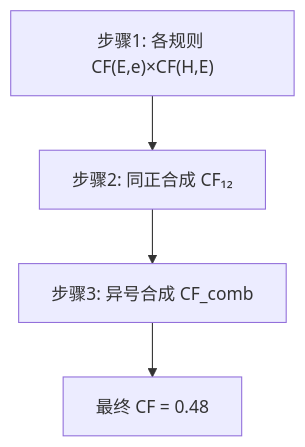
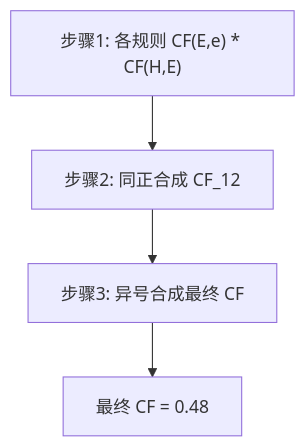
The second of 3 diagrams in guides/AI-Week13-14-学习指南.md (SummerS-tars/ai-course-guides), drawn with Mermaid before and after one commit. The commit also changed other lines of this file and 3 other files, not shown here.

````diff
--- a/guides/AI-Week13-14-学习指南.md
+++ b/guides/AI-Week13-14-学习指南.md
@@ -339,6 +367,6 @@
 ```mermaid
 flowchart TB
-    S1["步骤1: 各规则 CF(E,e)×CF(H,E)"] --> S2["步骤2: 同正合成 CF₁₂"]
-    S2 --> S3["步骤3: 异号合成 CF_comb"]
+    S1["步骤1: 各规则 CF(E,e) * CF(H,E)"] --> S2["步骤2: 同正合成 CF_12"]
+    S2 --> S3["步骤3: 异号合成最终 CF"]
     S3 --> ANS["最终 CF = 0.48"]
 ```
````
